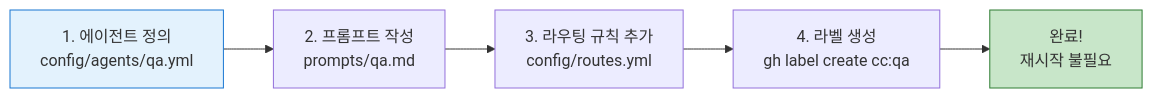
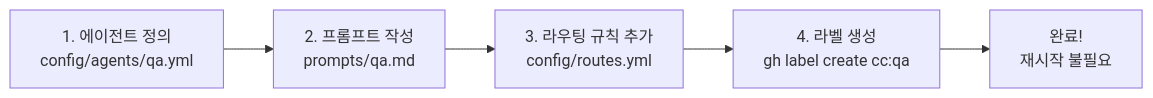
One commit to tykimos/assiharness changed diagram 14 of 17 in README.md. Above: the diagram before and after it, drawn with Mermaid. The commit also changed other lines of this file, not shown here.

First line of the commit message:
fix: remove Mermaid style overrides for light/dark theme compatibility

````diff
--- a/README.md
+++ b/README.md
@@ -608,15 +573,13 @@
 ```mermaid
 graph LR
     A["1. 에이전트 정의
     config/agents/qa.yml"] --> B["2. 프롬프트 작성
     prompts/qa.md"]
     B --> C["3. 라우팅 규칙 추가
     config/routes.yml"]
     C --> D["4. 라벨 생성
     gh label create cc:qa"]
     D --> E["완료!
     재시작 불필요"]
 
-    style A fill:#E3F2FD,stroke:#1976D2
-    style E fill:#C8E6C9,stroke:#2E7D32
 ```
````
